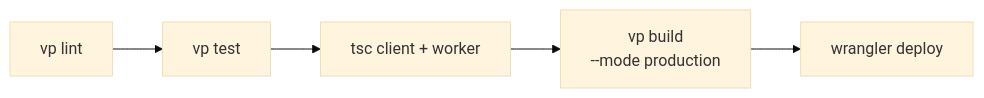
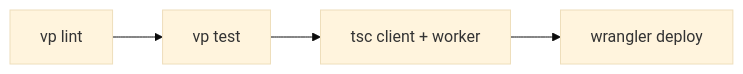
One commit to scifisatan/dump changed the fourth of 4 diagrams in README.md. Above: the diagram before and after it, drawn with Mermaid (base theme). The commit also changed other lines of this file and 41 other files, not shown here.

````diff
--- a/README.md
+++ b/README.md
@@ -268,4 +341,4 @@
 ```mermaid
 flowchart LR
-    L[vp lint] --> T[vp test] --> C[tsc client + worker] --> B["vp build<br/>--mode production"] --> D[wrangler deploy]
+    L[vp lint] --> T[vp test] --> C[tsc client + worker] --> D[wrangler deploy]
 ```
````
